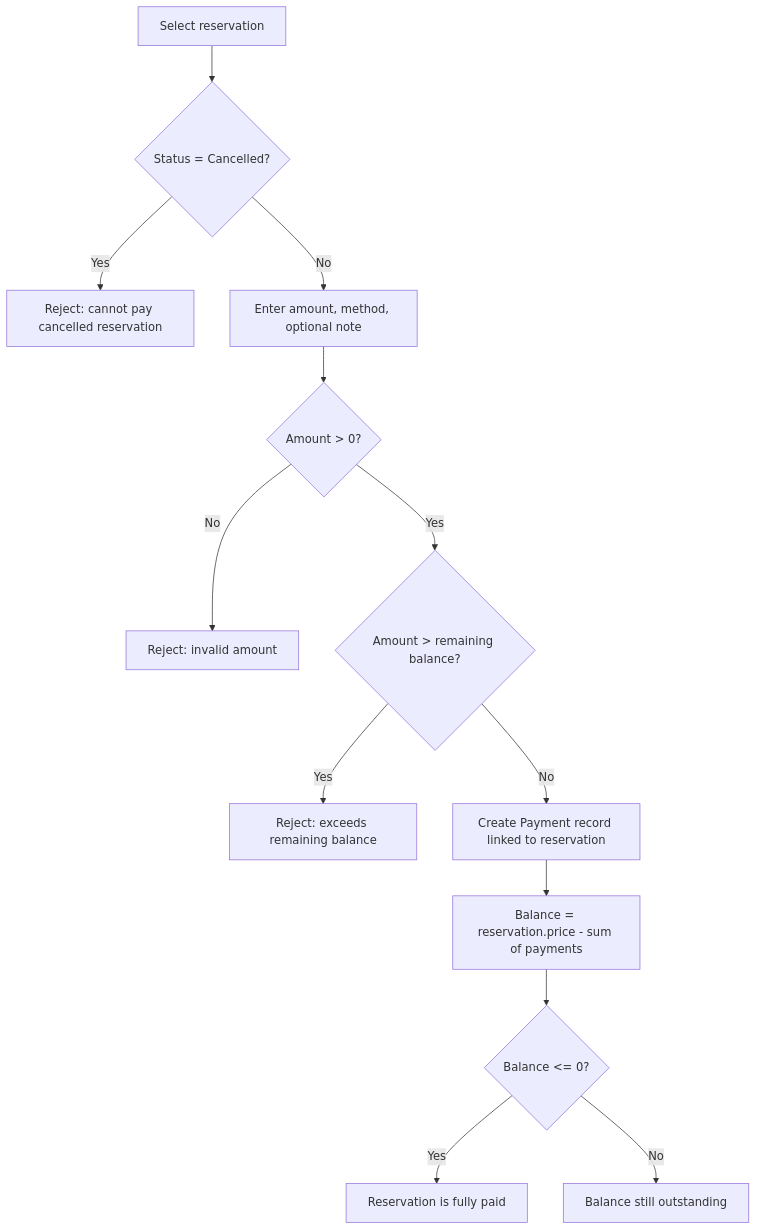
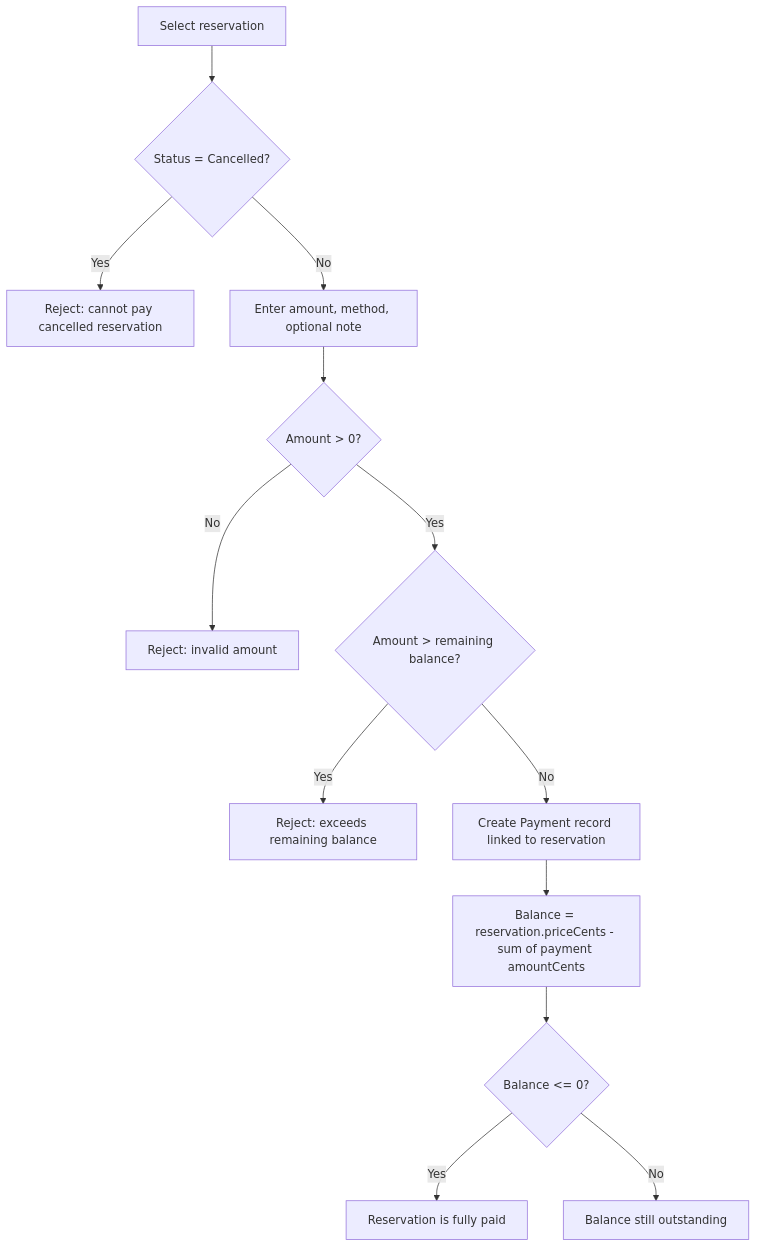
The seventh of 8 diagrams in FLOWS.md (boyadzhievb/property-rental), drawn with Mermaid before and after one commit. The commit also changed 59 other files, not shown here.

````diff
--- a/FLOWS.md
+++ b/FLOWS.md
@@ -87,15 +87,15 @@
 ```mermaid
 flowchart TD
     A[Select reservation] --> B{Status = Cancelled?}
     B -->|Yes| C[Reject: cannot pay cancelled reservation]
     B -->|No| D[Enter amount, method, optional note]
     D --> E{Amount > 0?}
     E -->|No| F[Reject: invalid amount]
     E -->|Yes| G{Amount > remaining balance?}
     G -->|Yes| H[Reject: exceeds remaining balance]
     G -->|No| I[Create Payment record linked to reservation]
-    I --> J[Balance = reservation.price - sum of payments]
+    I --> J[Balance = reservation.priceCents - sum of payment amountCents]
     J --> K{Balance <= 0?}
     K -->|Yes| L[Reservation is fully paid]
     K -->|No| M[Balance still outstanding]
 ```
````
